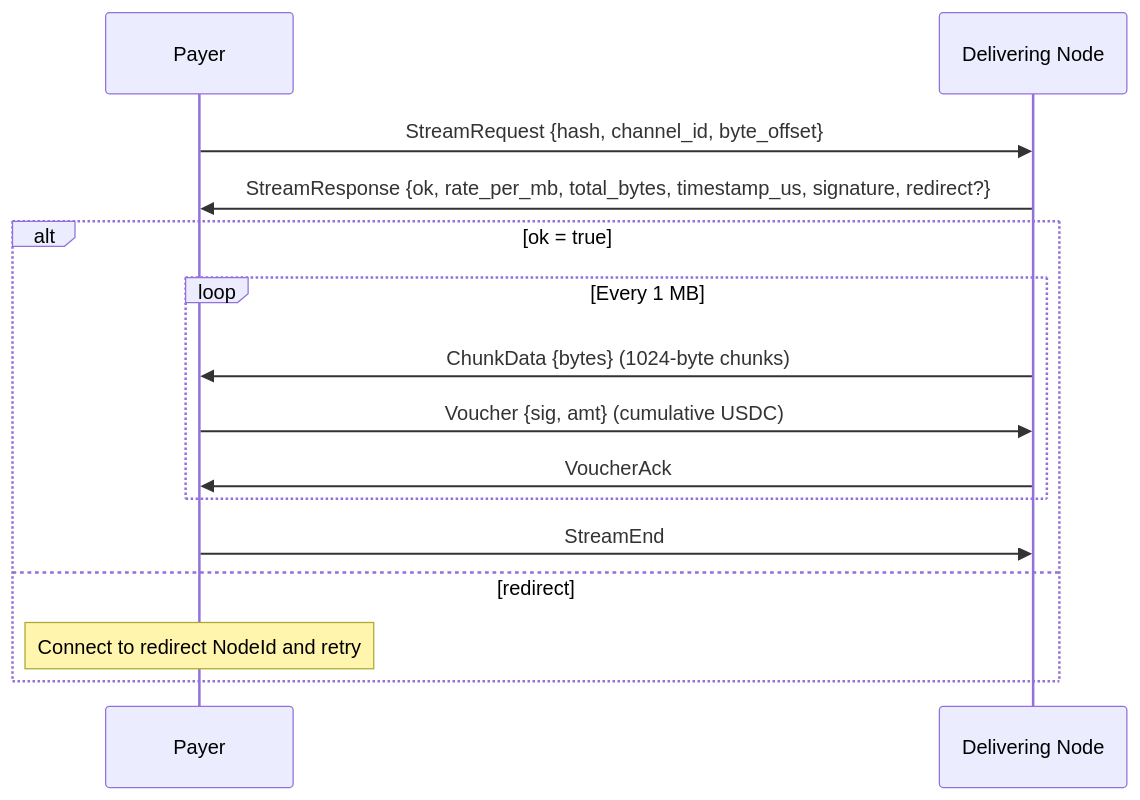
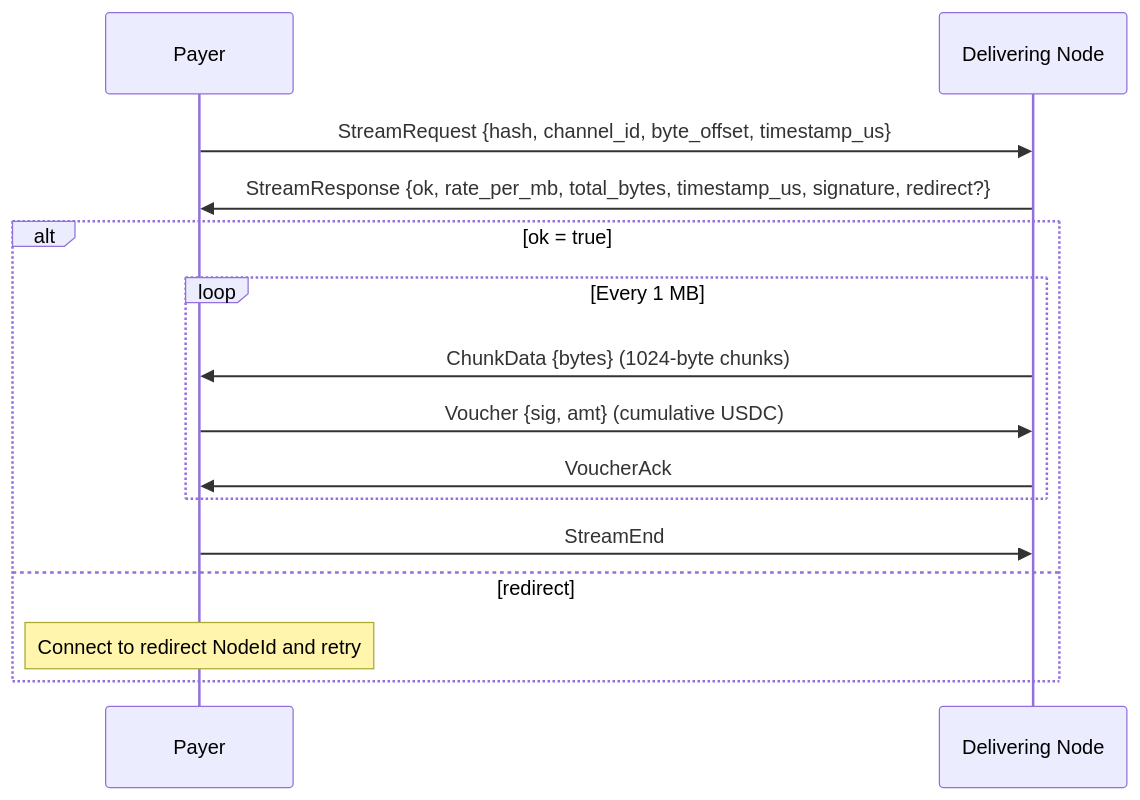
One commit to decdn/decdn changed the second of 4 diagrams in adr/005-protocol.md. Above: the diagram before and after it, drawn with Mermaid. The commit also changed other lines of this file and 2 other files, not shown here.

````diff
--- a/adr/005-protocol.md
+++ b/adr/005-protocol.md
@@ -51,19 +51,19 @@
 ```mermaid
 sequenceDiagram
     participant P as Payer
     participant D as Delivering Node
 
-    P->>D: StreamRequest {hash, channel_id, byte_offset}
+    P->>D: StreamRequest {hash, channel_id, byte_offset, timestamp_us}
     D->>P: StreamResponse {ok, rate_per_mb, total_bytes, timestamp_us, signature, redirect?}
 
     alt ok = true
         loop Every 1 MB
             D->>P: ChunkData {bytes} (1024-byte chunks)
             P->>D: Voucher {sig, amt} (cumulative USDC)
             D->>P: VoucherAck
         end
         P->>D: StreamEnd
     else redirect
         Note over P: Connect to redirect NodeId and retry
     end
 ```
````
